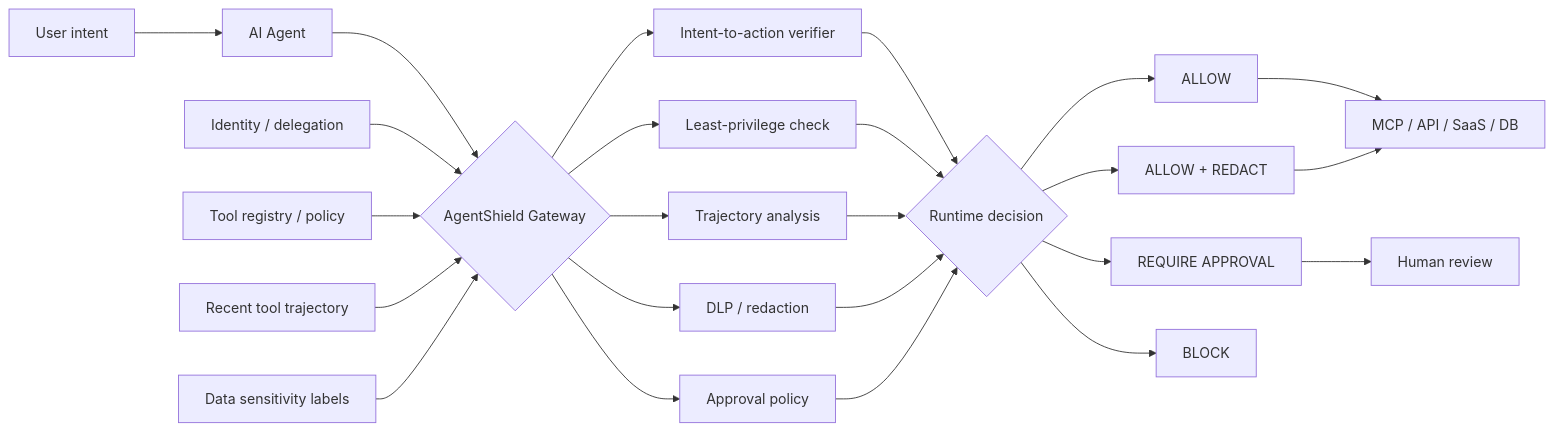
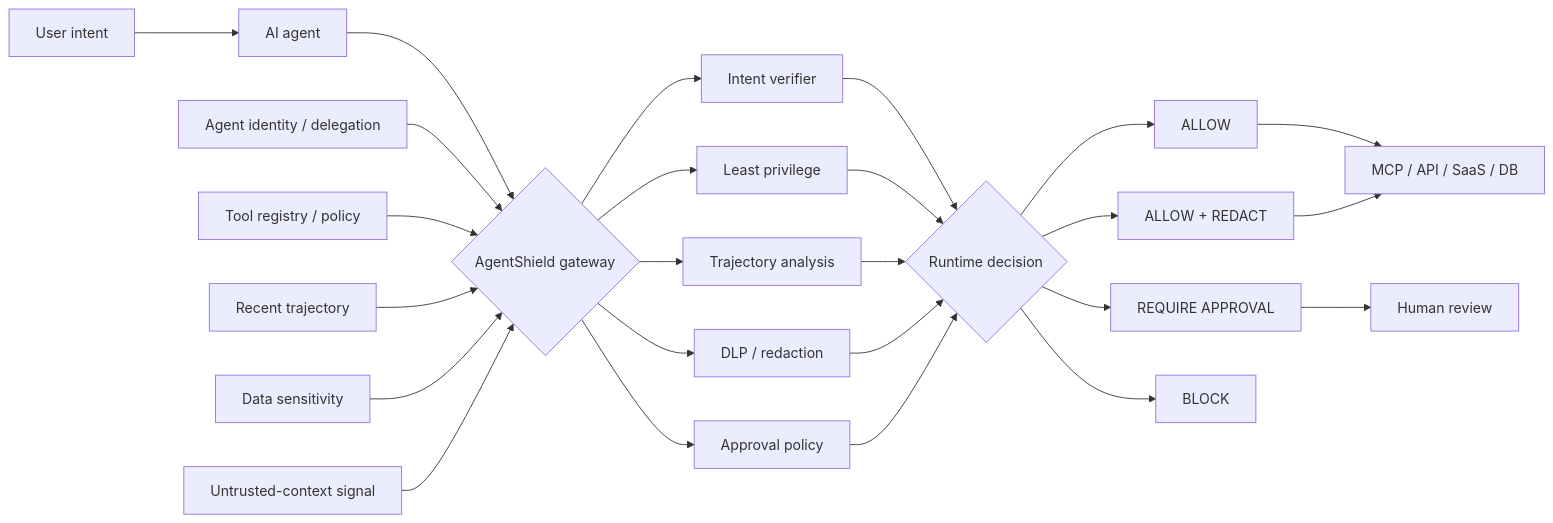
The diagram in README.md (VinayK88/AgentShield), drawn with Mermaid before and after one commit. The commit also changed other lines of this file, not shown here.

Commit message:
Polish AgentShield README and surface runtime evidence

````diff
--- a/README.md
+++ b/README.md
@@ -51,30 +140,32 @@
 ```mermaid
 flowchart LR
-    U[User intent] --> A[AI Agent]
-    A --> G{AgentShield Gateway}
-    C[Identity / delegation] --> G
-    P[Tool registry / policy] --> G
-    H[Recent tool trajectory] --> G
-    D[Data sensitivity labels] --> G
+    U[User intent] --> A[AI agent]
+    A --> G{AgentShield gateway}
 
-    G --> I[Intent-to-action verifier]
-    G --> L[Least-privilege check]
+    ID[Agent identity / delegation] --> G
+    TR[Tool registry / policy] --> G
+    HX[Recent trajectory] --> G
+    DS[Data sensitivity] --> G
+    UC[Untrusted-context signal] --> G
+
+    G --> I[Intent verifier]
+    G --> L[Least privilege]
     G --> T[Trajectory analysis]
     G --> R[DLP / redaction]
-    G --> X[Approval policy]
+    G --> H[Approval policy]
 
-    I --> Z{Runtime decision}
-    L --> Z
-    T --> Z
-    R --> Z
-    X --> Z
+    I --> D{Runtime decision}
+    L --> D
+    T --> D
+    R --> D
+    H --> D
 
-    Z --> AA[ALLOW]
-    Z --> AB[ALLOW + REDACT]
-    Z --> AC[REQUIRE APPROVAL]
-    Z --> AD[BLOCK]
+    D --> AL[ALLOW]
+    D --> AR[ALLOW + REDACT]
+    D --> AP[REQUIRE APPROVAL]
+    D --> BL[BLOCK]
 
-    AA --> M[MCP / API / SaaS / DB]
-    AB --> M
-    AC --> O[Human review]
+    AL --> X[MCP / API / SaaS / DB]
+    AR --> X
+    AP --> O[Human review]
 ```
````
